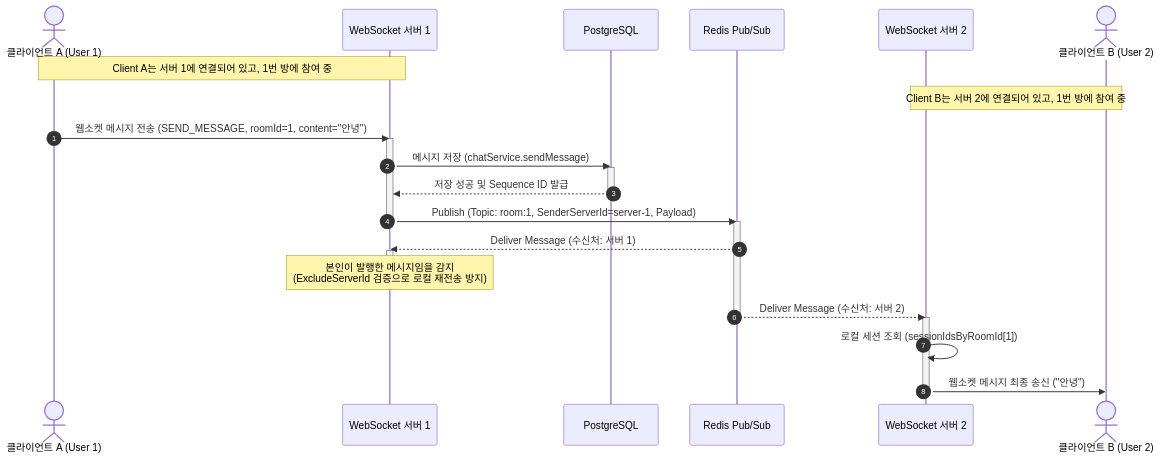
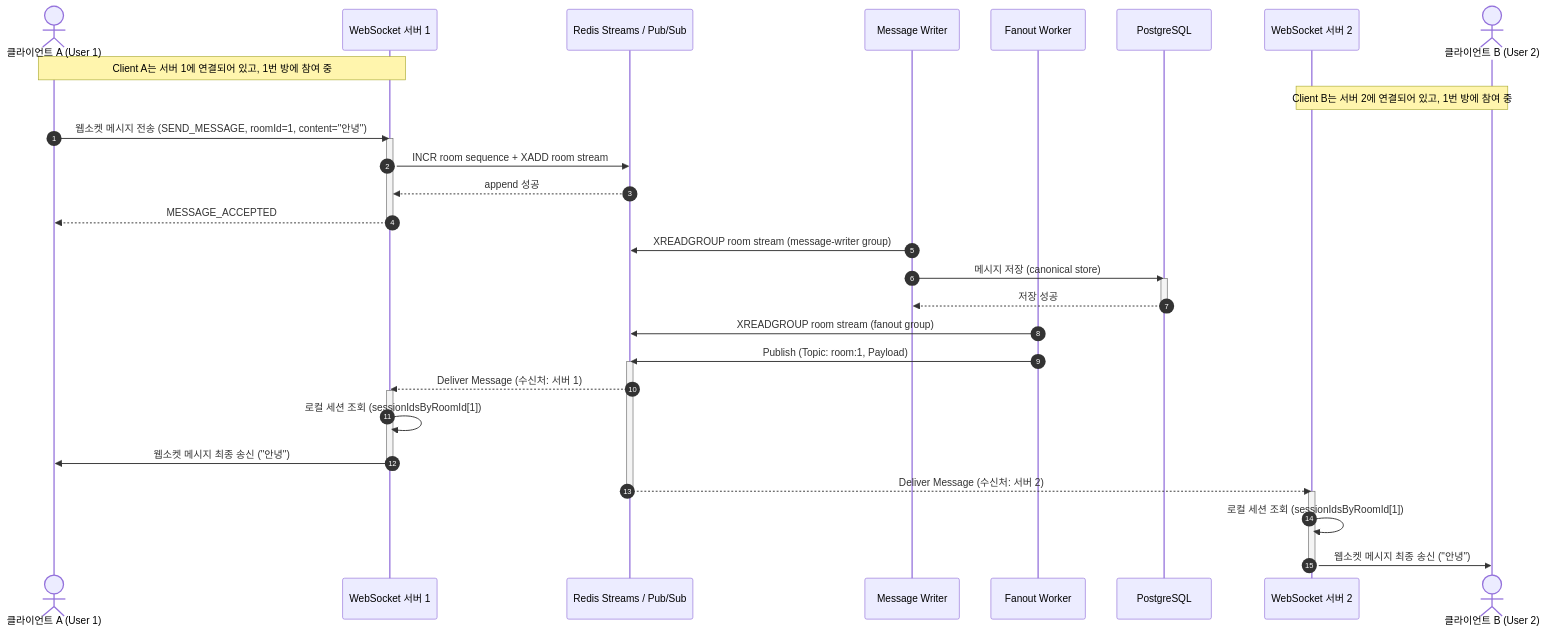
Before and after one commit to ydj515/chatting-service: the second of 2 diagrams in docs/architecture_overview.md, drawn with Mermaid. The commit also changed other lines of this file and 16 other files, not shown here.

First line of the commit message:
fix: preserve room message order across websocket gateways

````diff
--- a/docs/architecture_overview.md
+++ b/docs/architecture_overview.md
@@ -52,41 +60,51 @@
 ```mermaid
 sequenceDiagram
     autonumber
     actor ClientA as 클라이언트 A (User 1)
     participant WS1 as WebSocket 서버 1
+    participant Redis as Redis Streams / Pub/Sub
+    participant Writer as Message Writer
+    participant Fanout as Fanout Worker
     participant DB as PostgreSQL
-    participant Redis as Redis Pub/Sub
     participant WS2 as WebSocket 서버 2
     actor ClientB as 클라이언트 B (User 2)
 
     Note over ClientA, WS1: Client A는 서버 1에 연결되어 있고, 1번 방에 참여 중
     Note over ClientB, WS2: Client B는 서버 2에 연결되어 있고, 1번 방에 참여 중
 
-    %% 메시지 송신 및 영속화
+    %% 메시지 송신 및 수락
     ClientA->>WS1: 웹소켓 메시지 전송 (SEND_MESSAGE, roomId=1, content="안녕")
     activate WS1
-    WS1->>DB: 메시지 저장 (chatService.sendMessage)
+    WS1->>Redis: INCR room sequence + XADD room stream
+    Redis-->>WS1: append 성공
+    WS1-->>ClientA: MESSAGE_ACCEPTED
+    deactivate WS1
+
+    %% Worker 저장
+    Writer->>Redis: XREADGROUP room stream (message-writer group)
+    Writer->>DB: 메시지 저장 (canonical store)
     activate DB
-    DB-->>WS1: 저장 성공 및 Sequence ID 발급
+    DB-->>Writer: 저장 성공
     deactivate DB
 
-    %% Redis 발행
-    WS1->>Redis: Publish (Topic: room:1, SenderServerId=server-1, Payload)
-    deactivate WS1
+    %% Worker fanout
+    Fanout->>Redis: XREADGROUP room stream (fanout group)
+    Fanout->>Redis: Publish (Topic: room:1, Payload)
     
     %% Redis 전파 (Fanout)
     activate Redis
     Redis-->>WS1: Deliver Message (수신처: 서버 1)
     activate WS1
-    Note over WS1: 본인이 발행한 메시지임을 감지<br>(ExcludeServerId 검증으로 로컬 재전송 방지)
+    WS1->>WS1: 로컬 세션 조회 (sessionIdsByRoomId[1])
+    WS1->>ClientA: 웹소켓 메시지 최종 송신 ("안녕")
     deactivate WS1
 
     Redis-->>WS2: Deliver Message (수신처: 서버 2)
     deactivate Redis
     activate WS2
     
     %% 서버 2에서 로컬 클라이언트로 발송
     WS2->>WS2: 로컬 세션 조회 (sessionIdsByRoomId[1])
     WS2->>ClientB: 웹소켓 메시지 최종 송신 ("안녕")
     deactivate WS2
 ```
````
